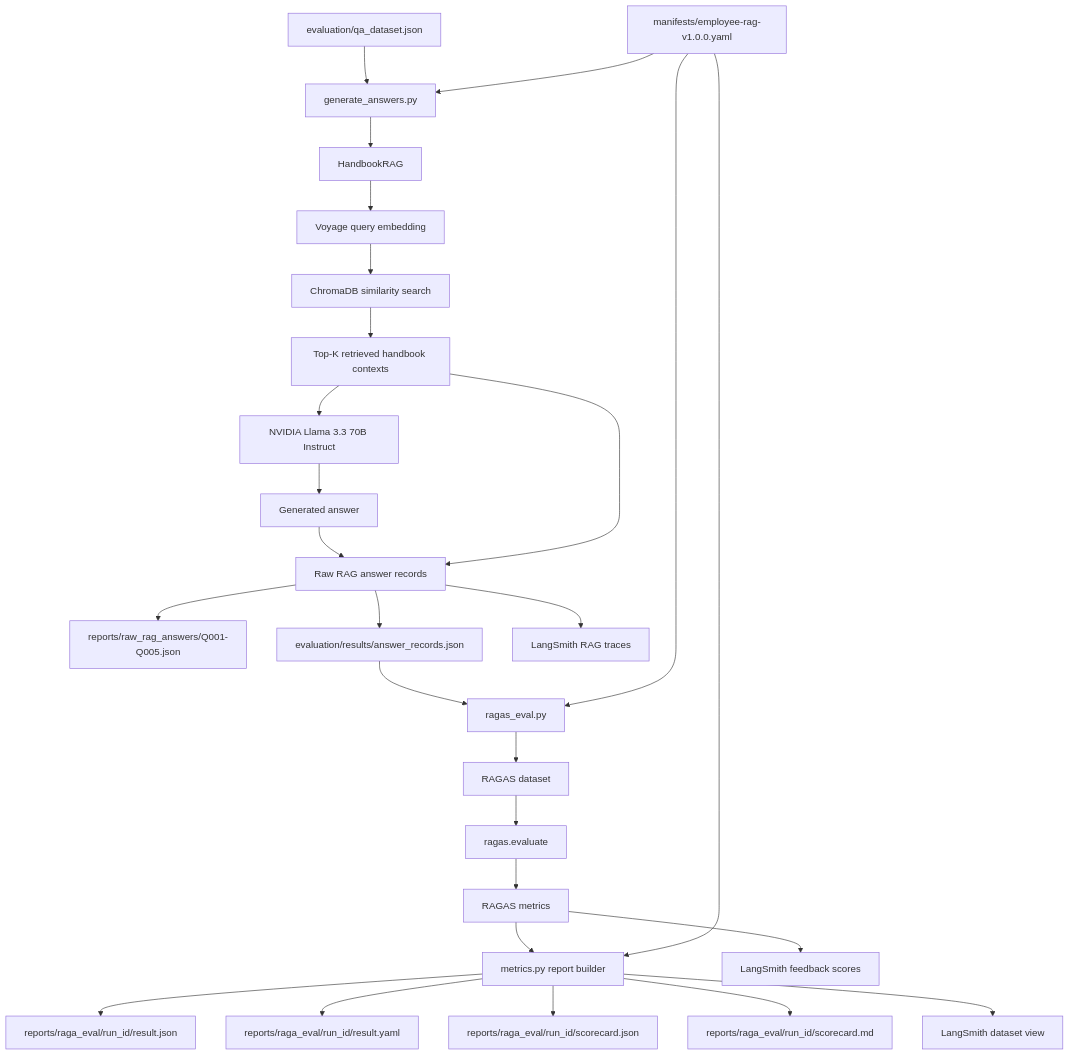
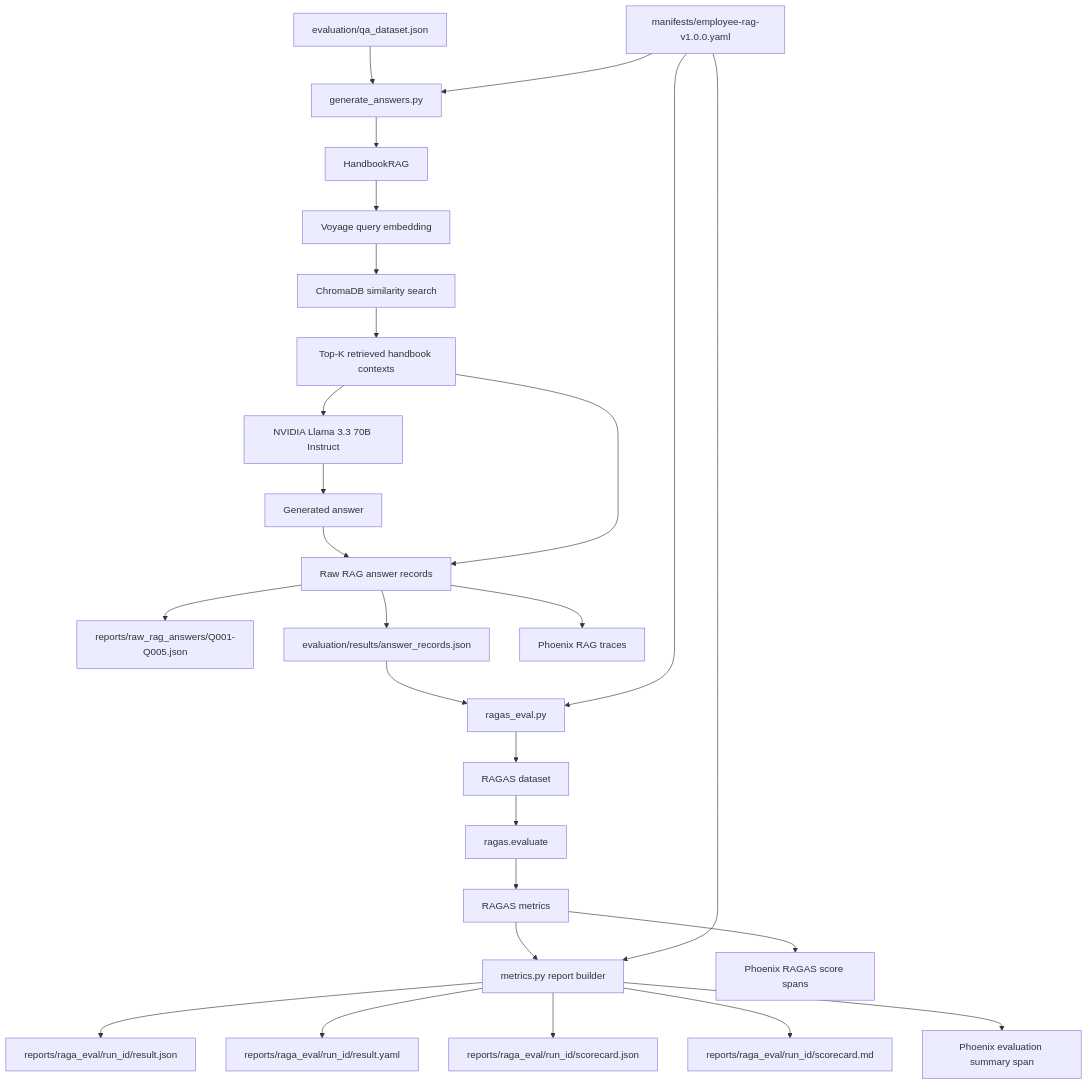
The second of 4 diagrams in ARCHITECTURE_FLOW.md (gajapriyanagulraj/ragas-eval), drawn with Mermaid before and after one commit. The commit also changed other lines of this file and 14 other files, not shown here.

Commit message:
Replace LangSmith with Phoenix observability

````diff
--- a/ARCHITECTURE_FLOW.md
+++ b/ARCHITECTURE_FLOW.md
@@ -82,31 +82,31 @@
 ```mermaid
 flowchart TD
     A[evaluation/qa_dataset.json] --> B[generate_answers.py]
     B --> C[HandbookRAG]
     C --> D[Voyage query embedding]
     D --> E[ChromaDB similarity search]
     E --> F[Top-K retrieved handbook contexts]
     F --> G[NVIDIA Llama 3.3 70B Instruct]
     G --> H[Generated answer]
     H --> I[Raw RAG answer records]
     F --> I
     I --> J[reports/raw_rag_answers/Q001-Q005.json]
     I --> K[evaluation/results/answer_records.json]
 
     K --> L[ragas_eval.py]
     L --> M[RAGAS dataset]
     M --> N[ragas.evaluate]
     N --> O[RAGAS metrics]
     O --> P[metrics.py report builder]
-    O --> V[LangSmith feedback scores]
-    I --> W[LangSmith RAG traces]
+    O --> V[Phoenix RAGAS score spans]
+    I --> W[Phoenix RAG traces]
     P --> Q[reports/raga_eval/run_id/result.json]
     P --> R[reports/raga_eval/run_id/result.yaml]
     P --> S[reports/raga_eval/run_id/scorecard.json]
     P --> T[reports/raga_eval/run_id/scorecard.md]
-    P --> X[LangSmith dataset view]
+    P --> X[Phoenix evaluation summary span]
 
     U[manifests/employee-rag-v1.0.0.yaml] --> B
     U --> L
     U --> P
 ```
````
